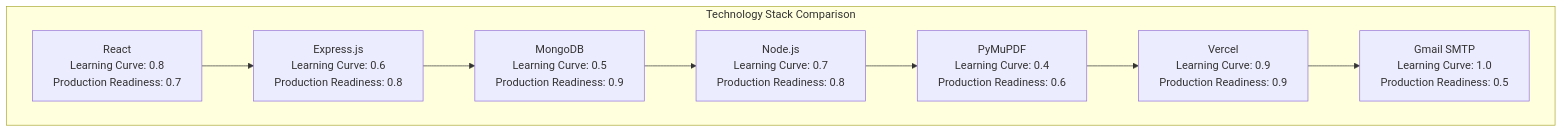
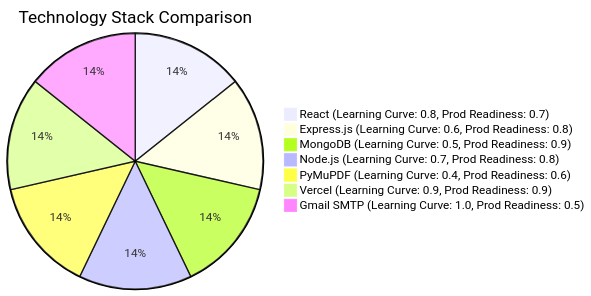
The ninth of 10 diagrams in markdown/logbook_graph/logbook_graph./logbbok_graph.md (MyFGitAccount/MARKDOWN_KK), drawn with Mermaid before and after one commit.

````diff
--- a/markdown/logbook_graph/logbook_graph./logbbok_graph.md
+++ b/markdown/logbook_graph/logbook_graph./logbbok_graph.md
@@ -172,19 +172,10 @@
 ```mermaid
-flowchart TD
-    subgraph TechStack["Technology Stack Comparison"]
-        React["React\nLearning Curve: 0.8\nProduction Readiness: 0.7"]
-        Express["Express.js\nLearning Curve: 0.6\nProduction Readiness: 0.8"]
-        MongoDB["MongoDB\nLearning Curve: 0.5\nProduction Readiness: 0.9"]
-        Node["Node.js\nLearning Curve: 0.7\nProduction Readiness: 0.8"]
-        PyMuPDF["PyMuPDF\nLearning Curve: 0.4\nProduction Readiness: 0.6"]
-        Vercel["Vercel\nLearning Curve: 0.9\nProduction Readiness: 0.9"]
-        Gmail["Gmail SMTP\nLearning Curve: 1.0\nProduction Readiness: 0.5"]
-    end
-
-    React --> Express
-    Express --> MongoDB
-    MongoDB --> Node
-    Node --> PyMuPDF
-    PyMuPDF --> Vercel
-    Vercel --> Gmail
+pie title Technology Stack Comparison
+    "React (Learning Curve: 0.8, Prod Readiness: 0.7)" : 1
+    "Express.js (Learning Curve: 0.6, Prod Readiness: 0.8)" : 1
+    "MongoDB (Learning Curve: 0.5, Prod Readiness: 0.9)" : 1
+    "Node.js (Learning Curve: 0.7, Prod Readiness: 0.8)" : 1
+    "PyMuPDF (Learning Curve: 0.4, Prod Readiness: 0.6)" : 1
+    "Vercel (Learning Curve: 0.9, Prod Readiness: 0.9)" : 1
+    "Gmail SMTP (Learning Curve: 1.0, Prod Readiness: 0.5)" : 1
 ```
````
